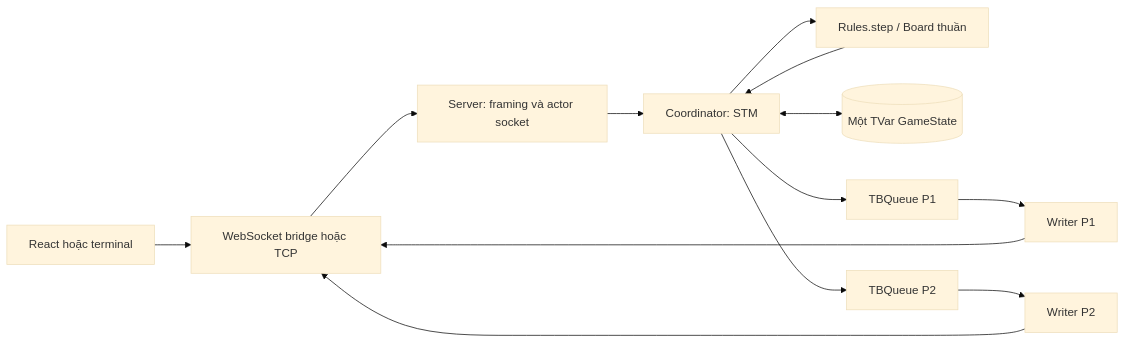
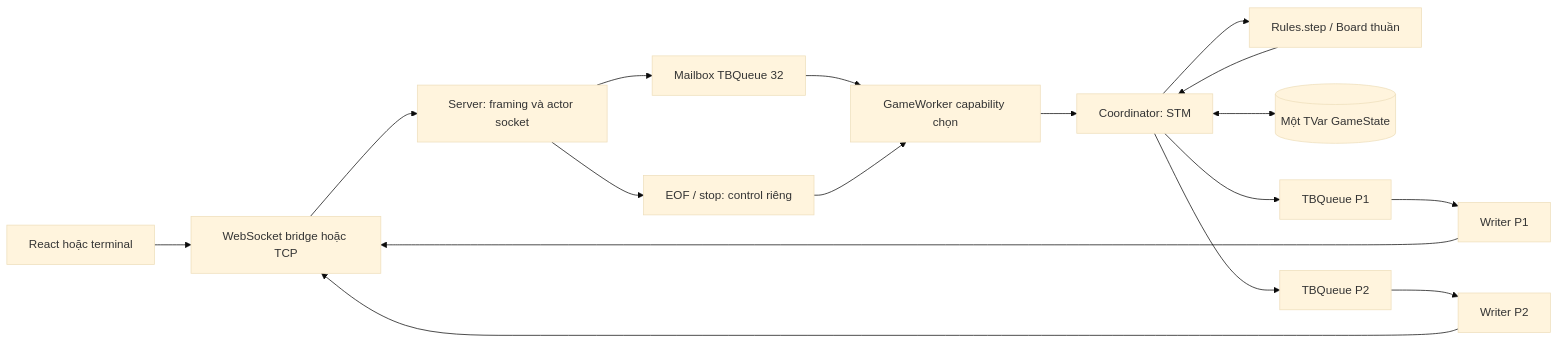
One commit to MinhLight2406/BattleShip_Haskell changed the diagram in docs/report_final.md. Above: the diagram before and after it, drawn with Mermaid (base theme). The commit also changed other lines of this file and 184 other files, not shown here.

````diff
--- a/docs/report_final.md
+++ b/docs/report_final.md
@@ -52,15 +56,19 @@
 ```mermaid
 flowchart LR
   P[React hoặc terminal] --> T[WebSocket bridge hoặc TCP]
   T --> S[Server: framing và actor socket]
-  S --> C[Coordinator: STM]
+  S --> M[Mailbox TBQueue 32]
+  S --> D[EOF / stop: control riêng]
+  M --> W[GameWorker capability chọn]
+  D --> W
+  W --> C[Coordinator: STM]
   C --> R[Rules.step / Board thuần]
   R --> C
   C <--> G[(Một TVar GameState)]
   C --> Q1[TBQueue P1]
   C --> Q2[TBQueue P2]
   Q1 --> W1[Writer P1]
   Q2 --> W2[Writer P2]
   W1 --> T
   W2 --> T
 ```
````
